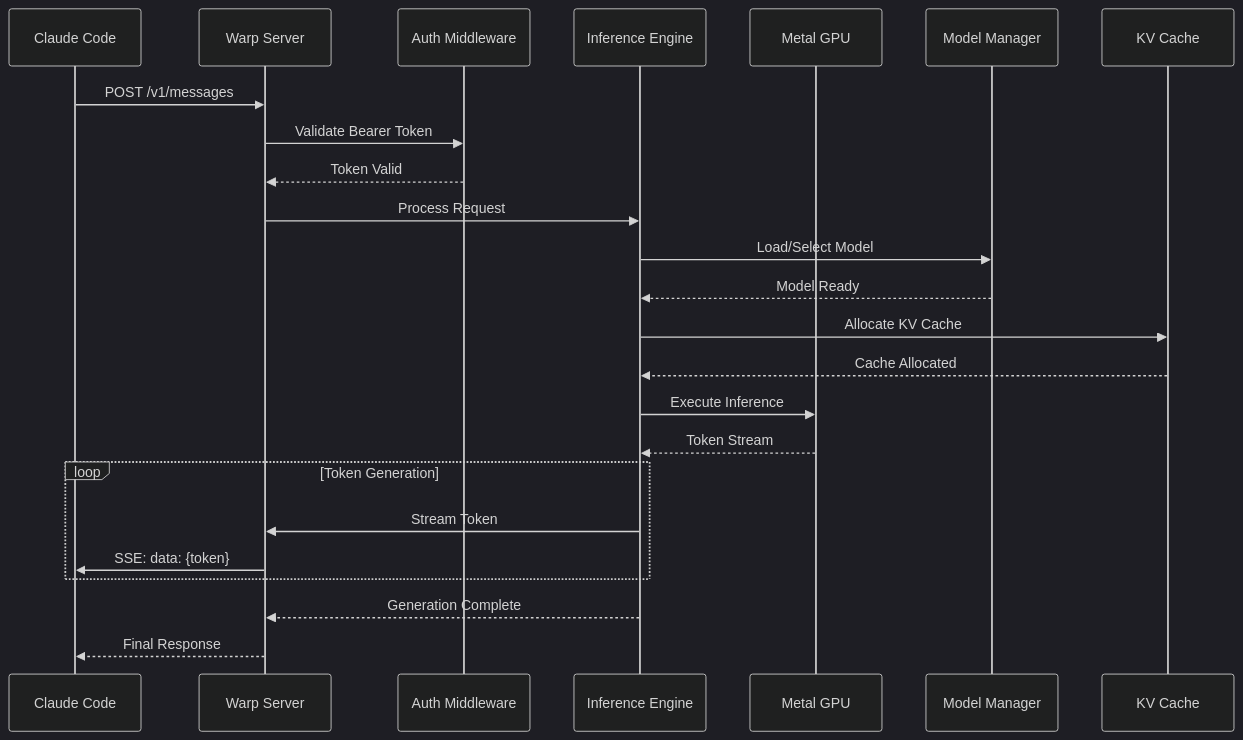
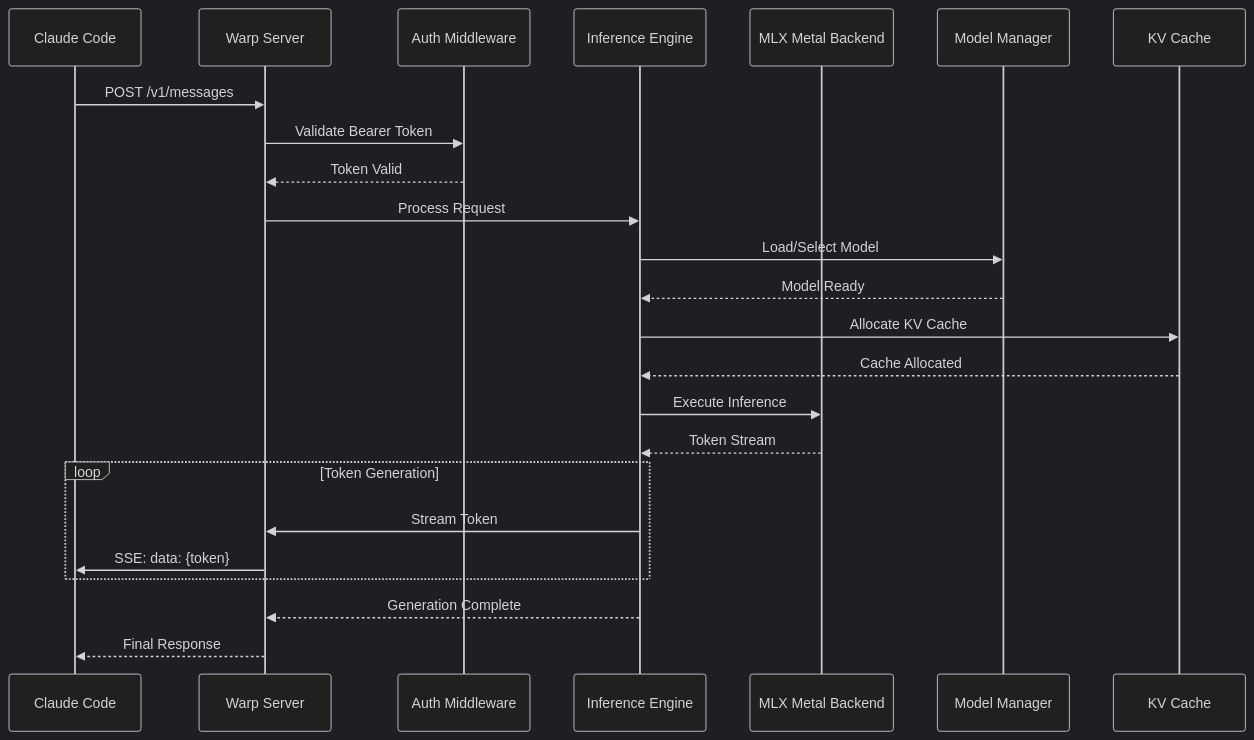
Before and after one commit to that-in-rust/pensieve-local-llm-server: the second of 3 diagrams in .prdArch/Arch02PensieveV1.md, drawn with Mermaid (dark theme). The commit also changed other lines of this file and 13 other files, not shown here.

First line of the commit message:
Complete MLX Architecture Transition: Documentation Overhaul

````diff
--- a/.prdArch/Arch02PensieveV1.md
+++ b/.prdArch/Arch02PensieveV1.md
@@ -137,32 +137,32 @@
 ```mermaid
 sequenceDiagram
     participant Client as Claude Code
     participant API as Warp Server
     participant Auth as Auth Middleware
     participant Engine as Inference Engine
-    participant Metal as Metal GPU
+    participant Metal as MLX Metal Backend
     participant Model as Model Manager
     participant Cache as KV Cache
 
     Client->>API: POST /v1/messages
     API->>Auth: Validate Bearer Token
     Auth-->>API: Token Valid
 
     API->>Engine: Process Request
     Engine->>Model: Load/Select Model
     Model-->>Engine: Model Ready
 
     Engine->>Cache: Allocate KV Cache
     Cache-->>Engine: Cache Allocated
 
     Engine->>Metal: Execute Inference
     Metal-->>Engine: Token Stream
 
     loop Token Generation
         Engine->>API: Stream Token
         API->>Client: SSE: data: {token}
     end
 
     Engine-->>API: Generation Complete
     API-->>Client: Final Response
 ```
````
